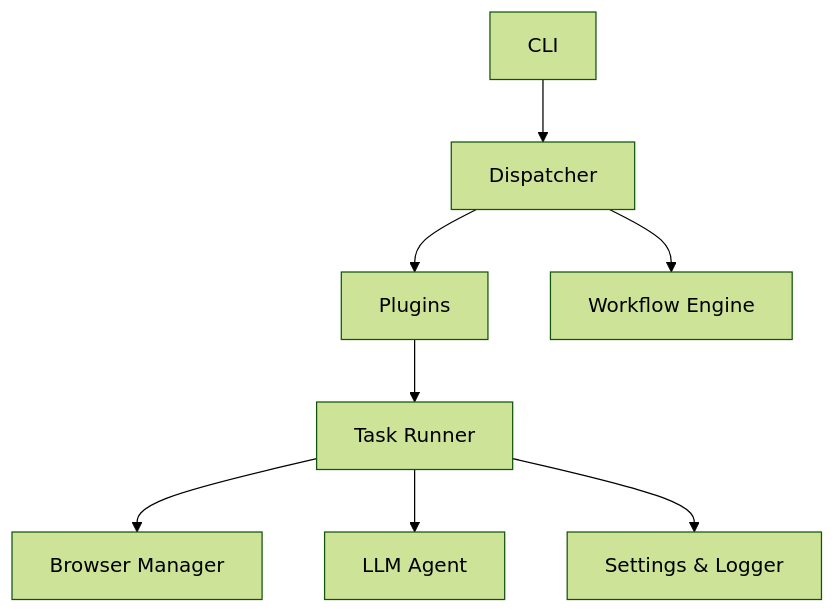
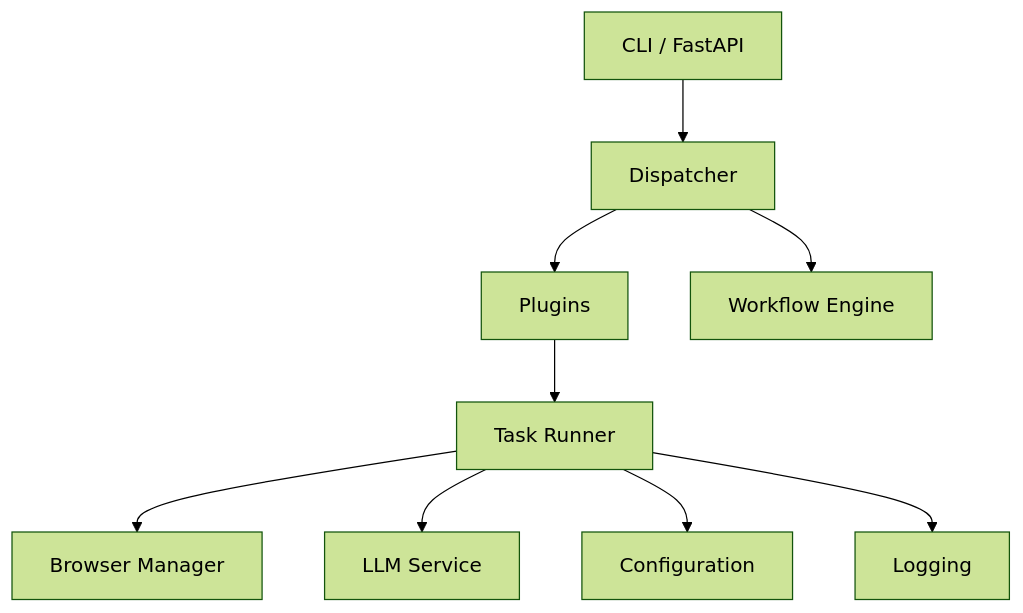
Before and after one commit to TwinkleGhodki/OpenAgent-Lite: the diagram in README.md, drawn with Mermaid (forest theme). The commit also changed other lines of this file and 3 other files, not shown here.

````diff
--- a/README.md
+++ b/README.md
@@ -47,10 +52,11 @@
 ```mermaid
 flowchart TD
-    A[CLI] --> B[Dispatcher]
+    A[CLI / FastAPI] --> B[Dispatcher]
     B --> C[Plugins]
     B --> D[Workflow Engine]
     C --> E[Task Runner]
     E --> F[Browser Manager]
-    E --> G[LLM Agent]
-    E --> H[Settings & Logger]
+    E --> G[LLM Service]
+    E --> H[Configuration]
+    E --> I[Logging]
 ```
````
